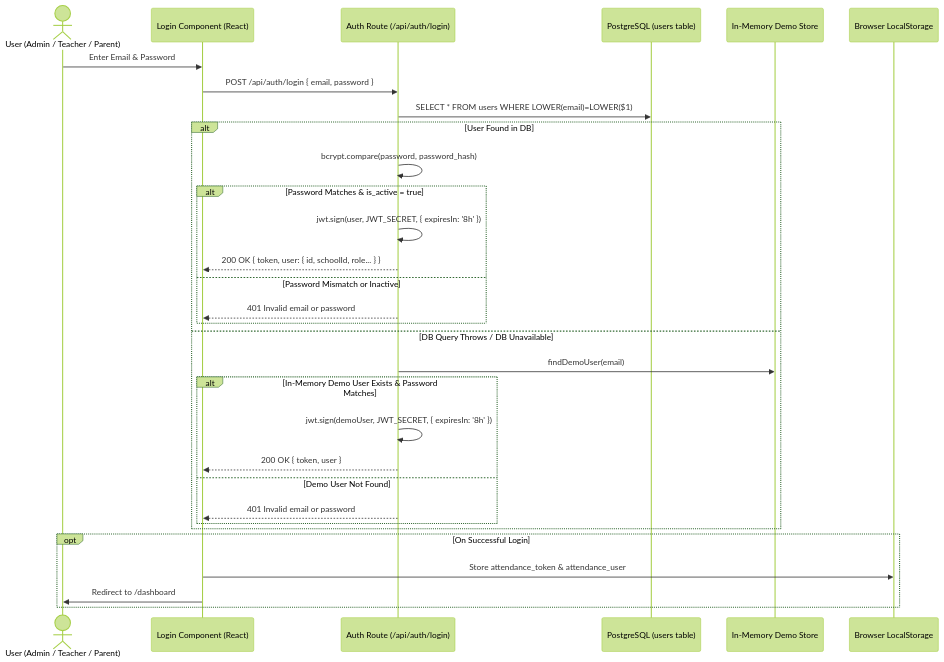
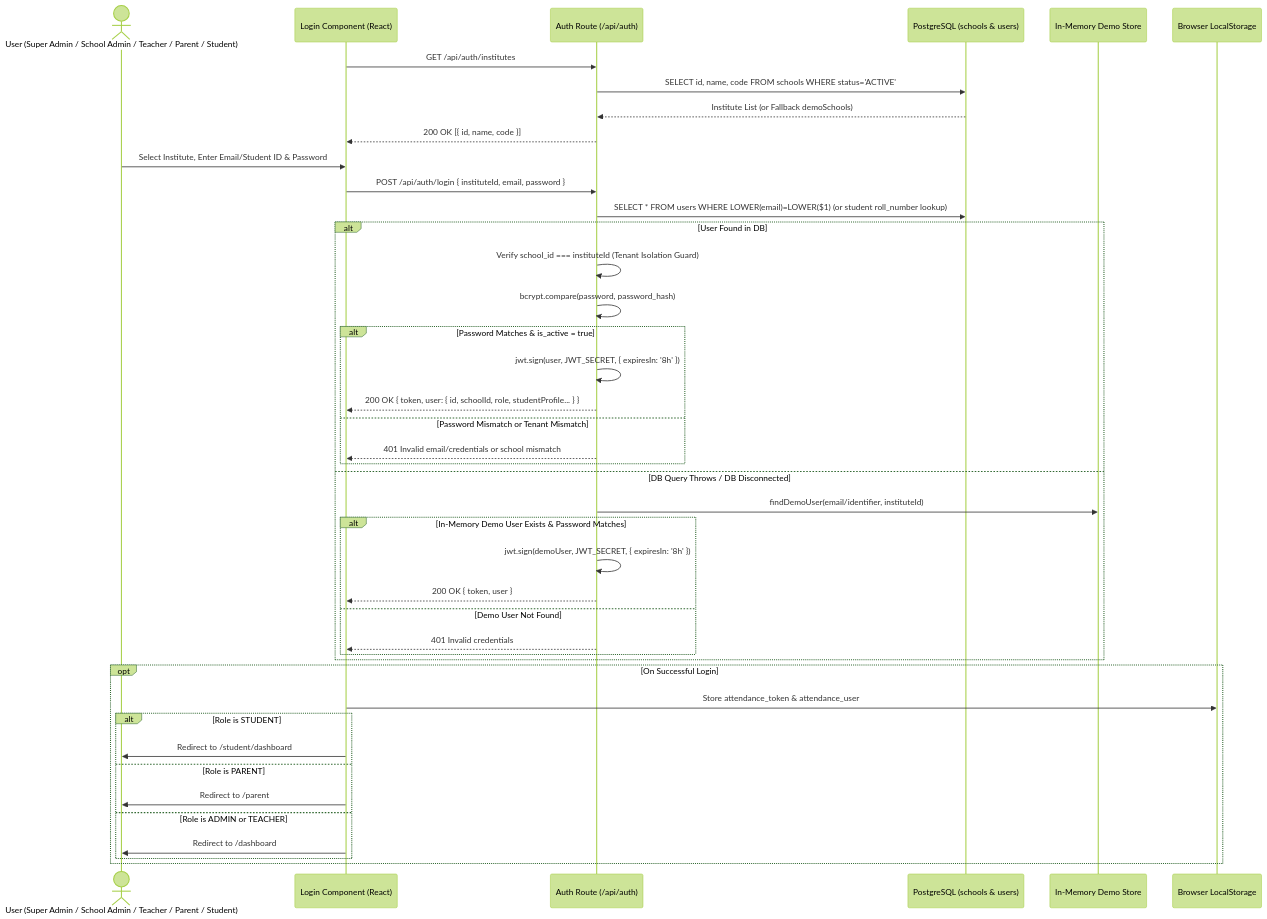
The fourth of 11 diagrams in DOCUMENTATION.md (Mrinmoypatratint/attendoschool), drawn with Mermaid (forest theme) before and after one commit. The commit also changed other lines of this file and 25 other files, not shown here.

Commit message:
feat: add student portal and role support with frontend pages, backend routes, and database migration

````diff
--- a/DOCUMENTATION.md
+++ b/DOCUMENTATION.md
@@ -353,36 +356,48 @@
 ```mermaid
 sequenceDiagram
-    actor User as User (Admin / Teacher / Parent)
+    actor User as User (Super Admin / School Admin / Teacher / Parent / Student)
     participant UI as Login Component (React)
-    participant AuthAPI as Auth Route (/api/auth/login)
-    participant DB as PostgreSQL (users table)
+    participant AuthAPI as Auth Route (/api/auth)
+    participant DB as PostgreSQL (schools & users)
     participant Fallback as In-Memory Demo Store
     participant Storage as Browser LocalStorage
 
-    User->>UI: Enter Email & Password
-    UI->>AuthAPI: POST /api/auth/login { email, password }
+    UI->>AuthAPI: GET /api/auth/institutes
+    AuthAPI->>DB: SELECT id, name, code FROM schools WHERE status='ACTIVE'
+    DB-->>AuthAPI: Institute List (or Fallback demoSchools)
+    AuthAPI-->>UI: 200 OK [{ id, name, code }]
+
+    User->>UI: Select Institute, Enter Email/Student ID & Password
+    UI->>AuthAPI: POST /api/auth/login { instituteId, email, password }
     
-    AuthAPI->>DB: SELECT * FROM users WHERE LOWER(email)=LOWER($1)
+    AuthAPI->>DB: SELECT * FROM users WHERE LOWER(email)=LOWER($1) (or student roll_number lookup)
     alt User Found in DB
+        AuthAPI->>AuthAPI: Verify school_id === instituteId (Tenant Isolation Guard)
         AuthAPI->>AuthAPI: bcrypt.compare(password, password_hash)
         alt Password Matches & is_active = true
             AuthAPI->>AuthAPI: jwt.sign(user, JWT_SECRET, { expiresIn: '8h' })
-            AuthAPI-->>UI: 200 OK { token, user: { id, schoolId, role... } }
-        else Password Mismatch or Inactive
-            AuthAPI-->>UI: 401 Invalid email or password
+            AuthAPI-->>UI: 200 OK { token, user: { id, schoolId, role, studentProfile... } }
+        else Password Mismatch or Tenant Mismatch
+            AuthAPI-->>UI: 401 Invalid email/credentials or school mismatch
         end
-    else DB Query Throws / DB Unavailable
-        AuthAPI->>Fallback: findDemoUser(email)
+    else DB Query Throws / DB Disconnected
+        AuthAPI->>Fallback: findDemoUser(email/identifier, instituteId)
         alt In-Memory Demo User Exists & Password Matches
             AuthAPI->>AuthAPI: jwt.sign(demoUser, JWT_SECRET, { expiresIn: '8h' })
             AuthAPI-->>UI: 200 OK { token, user }
         else Demo User Not Found
-            AuthAPI-->>UI: 401 Invalid email or password
+            AuthAPI-->>UI: 401 Invalid credentials
         end
     end
 
     opt On Successful Login
         UI->>Storage: Store attendance_token & attendance_user
-        UI->>User: Redirect to /dashboard
+        alt Role is STUDENT
+            UI->>User: Redirect to /student/dashboard
+        else Role is PARENT
+            UI->>User: Redirect to /parent
+        else Role is ADMIN or TEACHER
+            UI->>User: Redirect to /dashboard
+        end
     end
 ```
````
